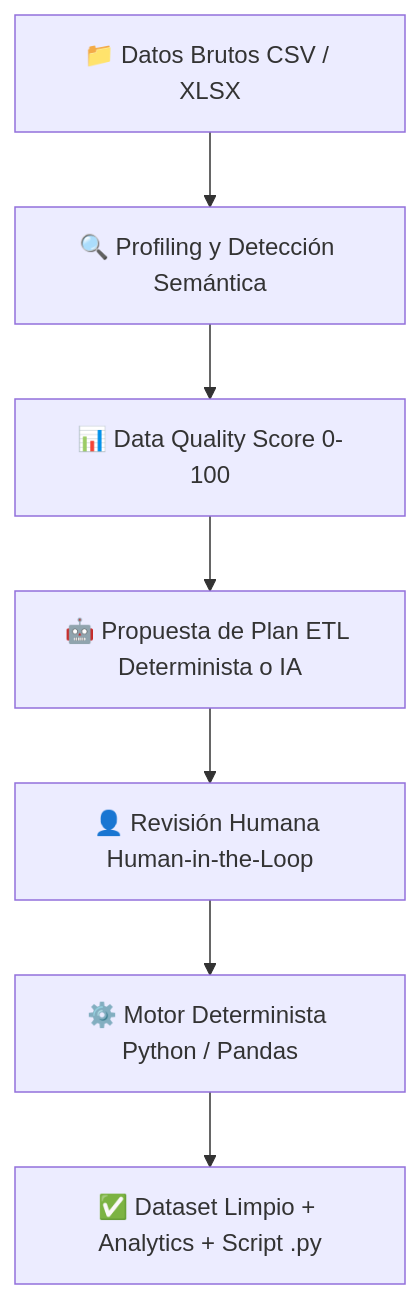
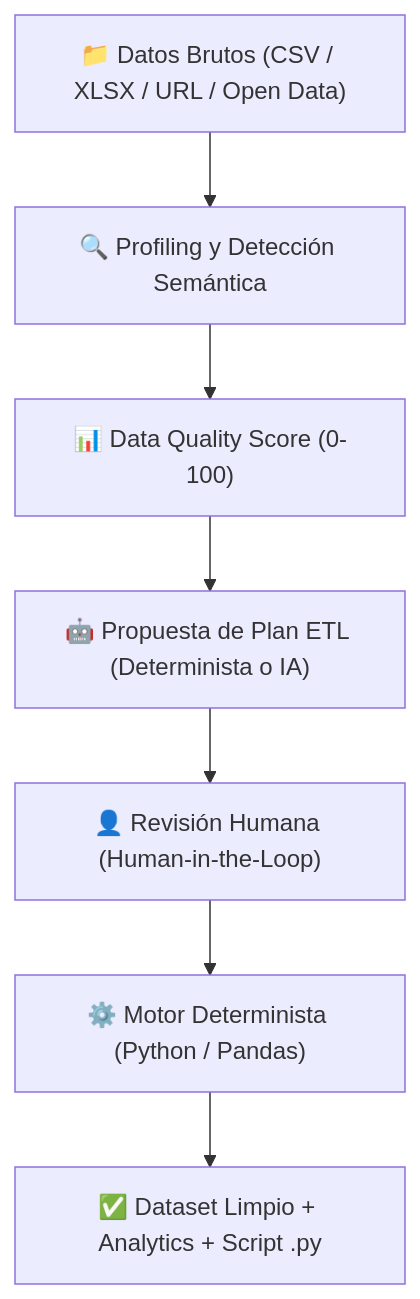
The diagram in README.md (migueljerico/dataflow-ai), drawn with Mermaid before and after one commit. The commit also changed other lines of this file and 1 other file, not shown here.

Commit message:
docs: corregir renderizado Mermaid en README y actualizar especificaciones tecnicas de Fases 1 a 4

````diff
--- a/README.md
+++ b/README.md
@@ -77,9 +77,9 @@
 ```mermaid
 flowchart TD
-    A[📁 Datos Brutos CSV / XLSX] --> B[🔍 Profiling y Detección Semántica]
-    B --> C[📊 Data Quality Score 0-100]
-    C --> D[🤖 Propuesta de Plan ETL Determinista o IA]
-    D --> E[👤 Revisión Humana Human-in-the-Loop]
-    E --> F[⚙️ Motor Determinista Python / Pandas]
-    F --> G[✅ Dataset Limpio + Analytics + Script .py]
+    A["📁 Datos Brutos (CSV / XLSX / URL / Open Data)"] --> B["🔍 Profiling y Detección Semántica"]
+    B --> C["📊 Data Quality Score (0-100)"]
+    C --> D["🤖 Propuesta de Plan ETL (Determinista o IA)"]
+    D --> E["👤 Revisión Humana (Human-in-the-Loop)"]
+    E --> F["⚙️ Motor Determinista (Python / Pandas)"]
+    F --> G["✅ Dataset Limpio + Analytics + Script .py"]
 ```
````
